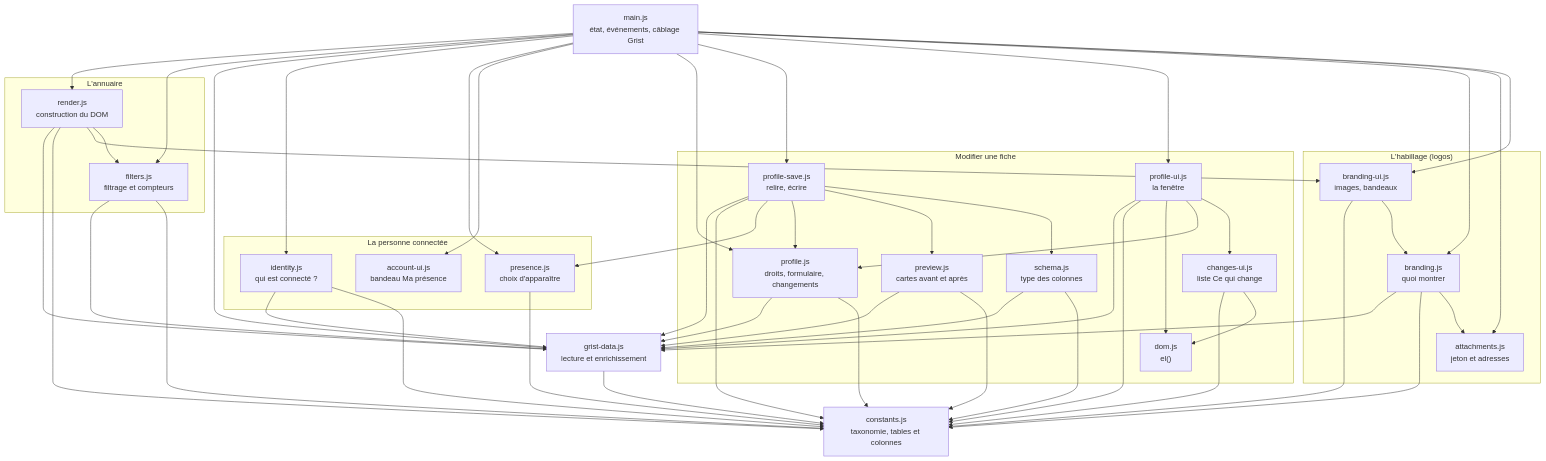
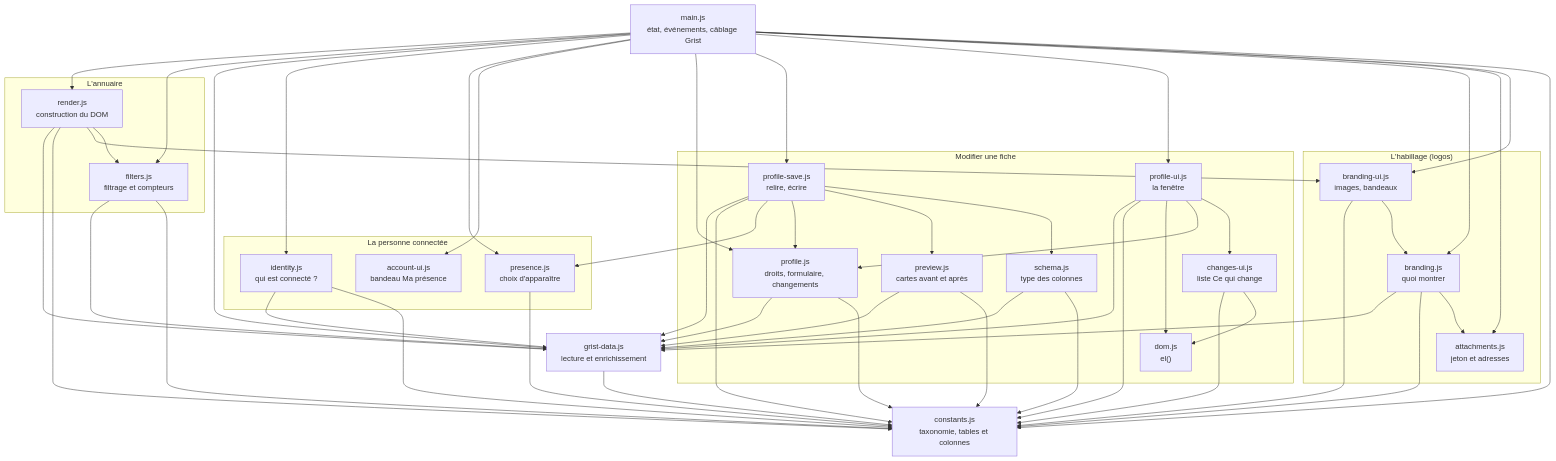
Before and after one commit to lombre33/Annuaire_PUI_Bordeaux: the second of 6 diagrams in docs/developpeurs.md, drawn with Mermaid. The commit also changed 10 other files, not shown here.

````diff
--- a/docs/developpeurs.md
+++ b/docs/developpeurs.md
@@ -78,75 +78,76 @@
 ```mermaid
 flowchart TD
     main["main.js<br/>état, événements, câblage Grist"]
     subgraph annuaire["L'annuaire"]
         render["render.js<br/>construction du DOM"]
         filters["filters.js<br/>filtrage et compteurs"]
     end
     subgraph personne["La personne connectée"]
         identity["identity.js<br/>qui est connecté ?"]
         presence["presence.js<br/>choix d'apparaître"]
         account["account-ui.js<br/>bandeau Ma présence"]
     end
     subgraph habillage["L'habillage (logos)"]
         branding["branding.js<br/>quoi montrer"]
         attachments["attachments.js<br/>jeton et adresses"]
         brandingui["branding-ui.js<br/>images, bandeaux"]
     end
     subgraph fiche["Modifier une fiche"]
         profile["profile.js<br/>droits, formulaire, changements"]
         save["profile-save.js<br/>relire, écrire"]
         preview["preview.js<br/>cartes avant et après"]
         schema["schema.js<br/>type des colonnes"]
         profileui["profile-ui.js<br/>la fenêtre"]
         changes["changes-ui.js<br/>liste Ce qui change"]
         dom["dom.js<br/>el()"]
     end
     data["grist-data.js<br/>lecture et enrichissement"]
     constants["constants.js<br/>taxonomie, tables et colonnes"]
     main --> render
     main --> filters
     main --> data
     main --> identity
     main --> presence
     main --> account
     main --> profile
     main --> save
     main --> profileui
     main --> branding
     main --> attachments
     main --> brandingui
+    main --> constants
     render --> data
     render --> constants
     render --> brandingui
     render --> filters
     filters --> data
     filters --> constants
     identity --> data
     identity --> constants
     presence --> constants
     data --> constants
     branding --> data
     branding --> constants
     branding --> attachments
     brandingui --> constants
     brandingui --> branding
     profile --> data
     profile --> constants
     save --> data
     save --> constants
     save --> presence
     save --> profile
     save --> preview
     save --> schema
     preview --> data
     preview --> constants
     schema --> data
     schema --> constants
     profileui --> data
     profileui --> constants
     profileui --> dom
     profileui --> profile
     profileui --> changes
     changes --> constants
     changes --> dom
 ```
````
